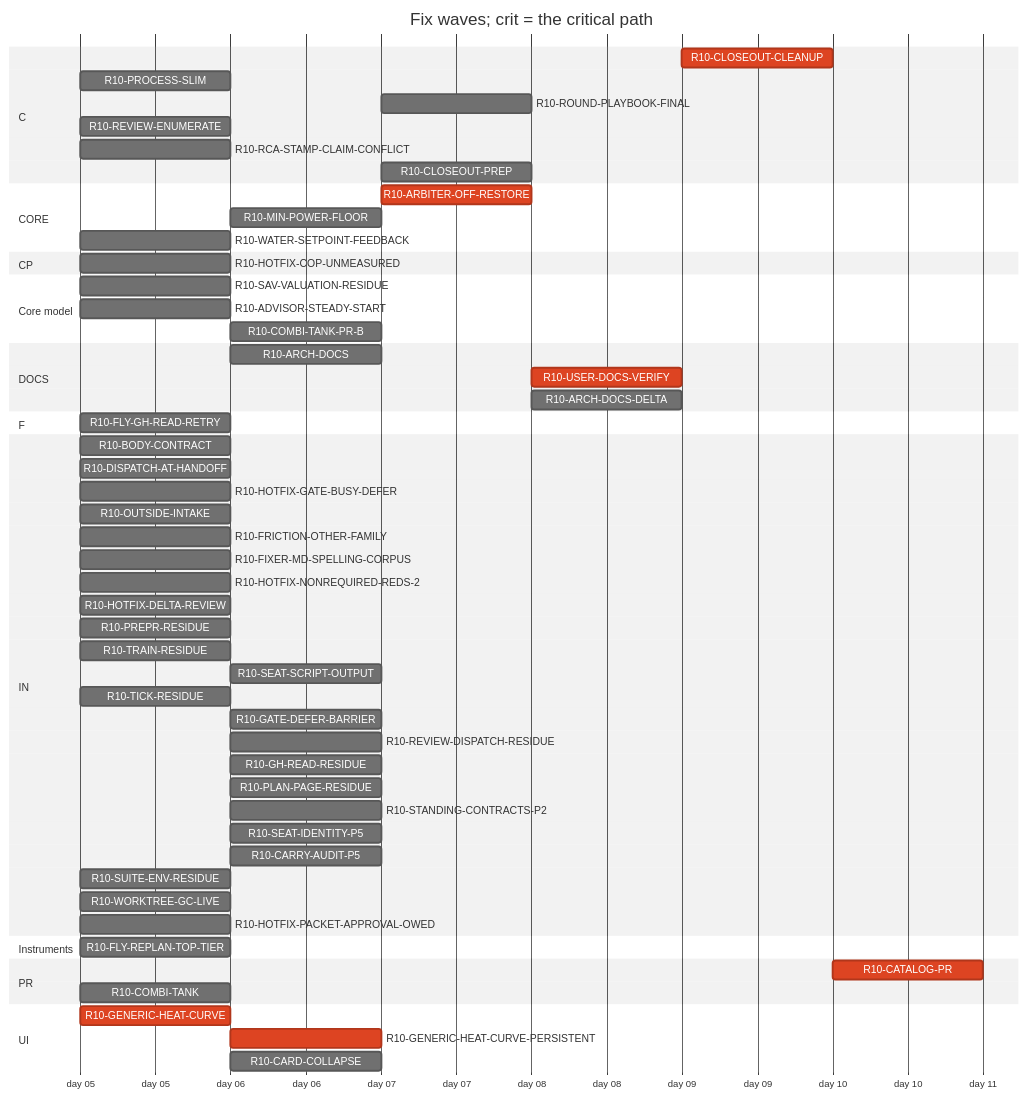
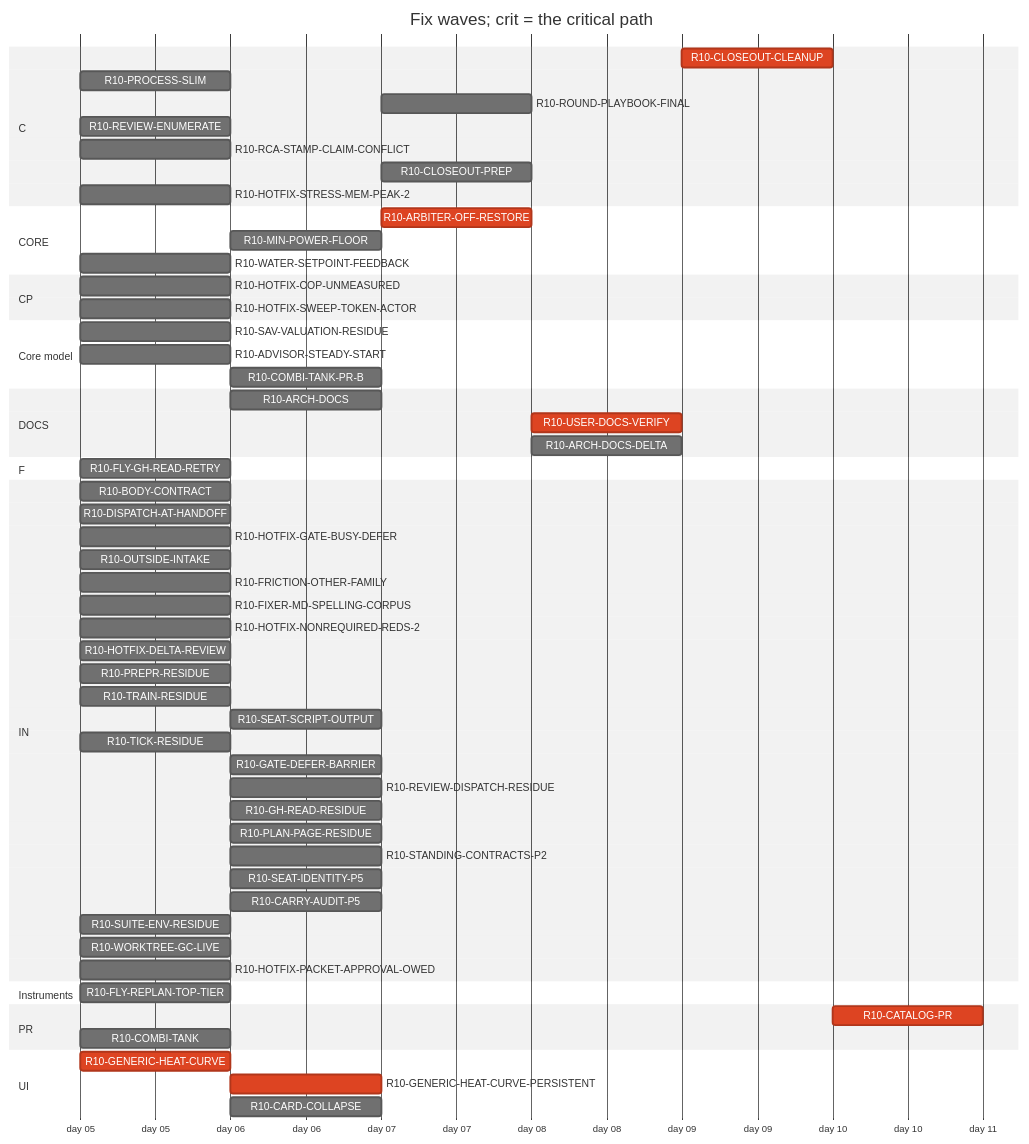
Before and after one commit to tvofi/heatpump_optimizer: the diagram in handoff/round10/state/PLAN-TABLE.md, drawn with Mermaid (neutral theme). The commit also changed other lines of this file and 3 other files, not shown here.

Commit message:
state: FLOW-BOARD.md, NEXT-SESSION-PROMPT.md, PLAN-TABLE.md, RESUME-CURRENT.md regenerated (state_docs.py)

````diff
--- a/handoff/round10/state/PLAN-TABLE.md
+++ b/handoff/round10/state/PLAN-TABLE.md
@@ -23,61 +23,63 @@
 ```mermaid
 gantt
   title Fix waves; crit = the critical path
   dateFormat YYYY-MM-DD
   axisFormat day %d
   section C
     R10-CLOSEOUT-CLEANUP :crit, r10CLOSEOUTCLEANUP, after r10ARCHDOCS r10USERDOCSVERIFY r10ROUNDPLAYBOOKFINAL r10FRICTIONOTHERFAMILY r10CLOSEOUTPREP r10ARCHDOCSDELTA, 1d
     R10-PROCESS-SLIM :r10PROCESSSLIM, 2026-01-05, 1d
     R10-ROUND-PLAYBOOK-FINAL :r10ROUNDPLAYBOOKFINAL, after r10DISPATCHATHANDOFF r10BODYCONTRACT r10FLYGHREADRETRY r10PROCESSSLIM r10OUTSIDEINTAKE r10FRICTIONOTHERFAMILY r10FIXERMDSPELLINGCORPUS r10PREPRRESIDUE r10SEATSCRIPTOUTPUT r10REVIEWDISPATCHRESIDUE r10CARRYAUDITP5 r10TICKRESIDUE r10SEATIDENTITYP5 r10STANDINGCONTRACTSP2 r10PLANPAGERESIDUE r10TRAINRESIDUE r10GHREADRESIDUE r10SUITEENVRESIDUE r10GATEDEFERBARRIER r10WORKTREEGCLIVE, 1d
     R10-REVIEW-ENUMERATE :r10REVIEWENUMERATE, 2026-01-05, 1d
     R10-RCA-STAMP-CLAIM-CONFLICT :r10RCASTAMPCLAIMCONFLICT, 2026-01-05, 1d
     R10-CLOSEOUT-PREP :r10CLOSEOUTPREP, after r10ARCHDOCS r10DISPATCHATHANDOFF r10BODYCONTRACT r10FLYGHREADRETRY r10PROCESSSLIM r10OUTSIDEINTAKE r10FRICTIONOTHERFAMILY r10FIXERMDSPELLINGCORPUS r10PREPRRESIDUE r10SEATSCRIPTOUTPUT r10REVIEWDISPATCHRESIDUE r10CARRYAUDITP5 r10TICKRESIDUE r10SEATIDENTITYP5 r10STANDINGCONTRACTSP2 r10PLANPAGERESIDUE r10TRAINRESIDUE r10GHREADRESIDUE r10SUITEENVRESIDUE r10GATEDEFERBARRIER r10WORKTREEGCLIVE, 1d
+    R10-HOTFIX-STRESS-MEM-PEAK-2 :r10HOTFIXSTRESSMEMPEAK2, 2026-01-05, 1d
   section CORE
     R10-ARBITER-OFF-RESTORE :crit, r10ARBITEROFFRESTORE, after r10GENERICHEATCURVE r10GENERICHEATCURVEPERSISTENT r10WATERSETPOINTFEEDBACK, 1d
     R10-MIN-POWER-FLOOR :r10MINPOWERFLOOR, after r10HOTFIXCOPUNMEASURED r10GENERICHEATCURVE, 1d
     R10-WATER-SETPOINT-FEEDBACK :r10WATERSETPOINTFEEDBACK, 2026-01-05, 1d
   section CP
     R10-HOTFIX-COP-UNMEASURED :r10HOTFIXCOPUNMEASURED, 2026-01-05, 1d
+    R10-HOTFIX-SWEEP-TOKEN-ACTOR :r10HOTFIXSWEEPTOKENACTOR, 2026-01-05, 1d
   section Core model
     R10-SAV-VALUATION-RESIDUE :r10SAVVALUATIONRESIDUE, 2026-01-05, 1d
     R10-ADVISOR-STEADY-START :r10ADVISORSTEADYSTART, 2026-01-05, 1d
     R10-COMBI-TANK-PR-B :r10COMBITANKPRB, after r10COMBITANK, 1d
   section DOCS
     R10-ARCH-DOCS :r10ARCHDOCS, after r10DISPATCHATHANDOFF r10BODYCONTRACT r10FLYGHREADRETRY r10PROCESSSLIM r10OUTSIDEINTAKE r10FRICTIONOTHERFAMILY, 1d
     R10-USER-DOCS-VERIFY :crit, r10USERDOCSVERIFY, after r10HOTFIXCOPUNMEASURED r10GENERICHEATCURVE r10GENERICHEATCURVEPERSISTENT r10ARBITEROFFRESTORE r10COMBITANK r10MINPOWERFLOOR, 1d
     R10-ARCH-DOCS-DELTA :r10ARCHDOCSDELTA, after r10ARCHDOCS r10HOTFIXCOPUNMEASURED r10GENERICHEATCURVE r10GENERICHEATCURVEPERSISTENT r10ARBITEROFFRESTORE r10COMBITANK r10MINPOWERFLOOR r10SAVVALUATIONRESIDUE r10ADVISORSTEADYSTART r10COMBITANKPRB, 1d
   section F
     R10-FLY-GH-READ-RETRY :r10FLYGHREADRETRY, 2026-01-05, 1d
   section IN
     R10-BODY-CONTRACT :r10BODYCONTRACT, 2026-01-05, 1d
     R10-DISPATCH-AT-HANDOFF :r10DISPATCHATHANDOFF, 2026-01-05, 1d
     R10-HOTFIX-GATE-BUSY-DEFER :r10HOTFIXGATEBUSYDEFER, 2026-01-05, 1d
     R10-OUTSIDE-INTAKE :r10OUTSIDEINTAKE, 2026-01-05, 1d
     R10-FRICTION-OTHER-FAMILY :r10FRICTIONOTHERFAMILY, 2026-01-05, 1d
     R10-FIXER-MD-SPELLING-CORPUS :r10FIXERMDSPELLINGCORPUS, 2026-01-05, 1d
     R10-HOTFIX-NONREQUIRED-REDS-2 :r10HOTFIXNONREQUIREDREDS2, 2026-01-05, 1d
     R10-HOTFIX-DELTA-REVIEW :r10HOTFIXDELTAREVIEW, 2026-01-05, 1d
     R10-PREPR-RESIDUE :r10PREPRRESIDUE, 2026-01-05, 1d
     R10-TRAIN-RESIDUE :r10TRAINRESIDUE, 2026-01-05, 1d
     R10-SEAT-SCRIPT-OUTPUT :r10SEATSCRIPTOUTPUT, after r10TRAINRESIDUE, 1d
     R10-TICK-RESIDUE :r10TICKRESIDUE, 2026-01-05, 1d
     R10-GATE-DEFER-BARRIER :r10GATEDEFERBARRIER, after r10TRAINRESIDUE r10TICKRESIDUE, 1d
     R10-REVIEW-DISPATCH-RESIDUE :r10REVIEWDISPATCHRESIDUE, after r10DISPATCHATHANDOFF r10REVIEWENUMERATE r10HOTFIXDELTAREVIEW r10PROCESSSLIM, 1d
     R10-GH-READ-RESIDUE :r10GHREADRESIDUE, after r10FLYGHREADRETRY, 1d
     R10-PLAN-PAGE-RESIDUE :r10PLANPAGERESIDUE, after r10OUTSIDEINTAKE, 1d
     R10-STANDING-CONTRACTS-P2 :r10STANDINGCONTRACTSP2, after r10FIXERMDSPELLINGCORPUS, 1d
     R10-SEAT-IDENTITY-P5 :r10SEATIDENTITYP5, after r10TICKRESIDUE, 1d
     R10-CARRY-AUDIT-P5 :r10CARRYAUDITP5, after r10BODYCONTRACT, 1d
     R10-SUITE-ENV-RESIDUE :r10SUITEENVRESIDUE, 2026-01-05, 1d
     R10-WORKTREE-GC-LIVE :r10WORKTREEGCLIVE, 2026-01-05, 1d
     R10-HOTFIX-PACKET-APPROVAL-OWED :r10HOTFIXPACKETAPPROVALOWED, 2026-01-05, 1d
   section Instruments
     R10-FLY-REPLAN-TOP-TIER :r10FLYREPLANTOPTIER, 2026-01-05, 1d
   section PR
     R10-CATALOG-PR :crit, r10CATALOGPR, after r10USERDOCSVERIFY r10ARCHDOCS r10ROUNDPLAYBOOKFINAL r10CLOSEOUTCLEANUP r10CLOSEOUTPREP r10ARCHDOCSDELTA, 1d
     R10-COMBI-TANK :r10COMBITANK, 2026-01-05, 1d
   section UI
     R10-GENERIC-HEAT-CURVE :crit, r10GENERICHEATCURVE, 2026-01-05, 1d
     R10-GENERIC-HEAT-CURVE-PERSISTENT :crit, r10GENERICHEATCURVEPERSISTENT, after r10GENERICHEATCURVE, 1d
     R10-CARD-COLLAPSE :r10CARDCOLLAPSE, after r10HOTFIXCOPUNMEASURED, 1d
 ```
````
